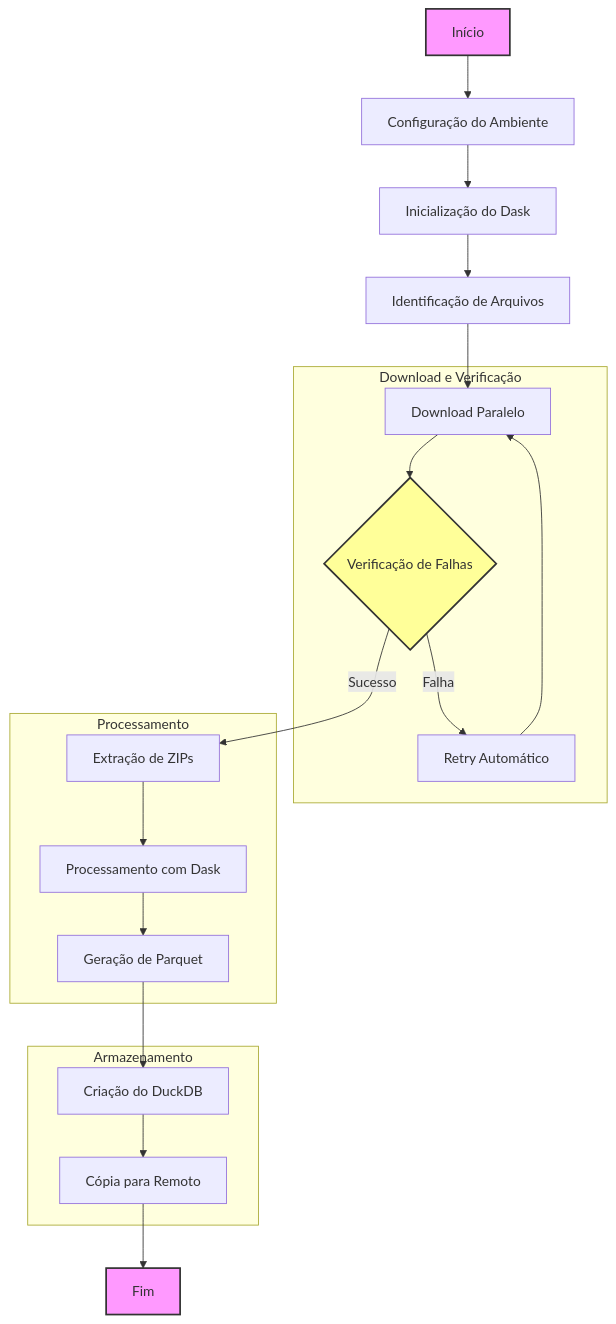
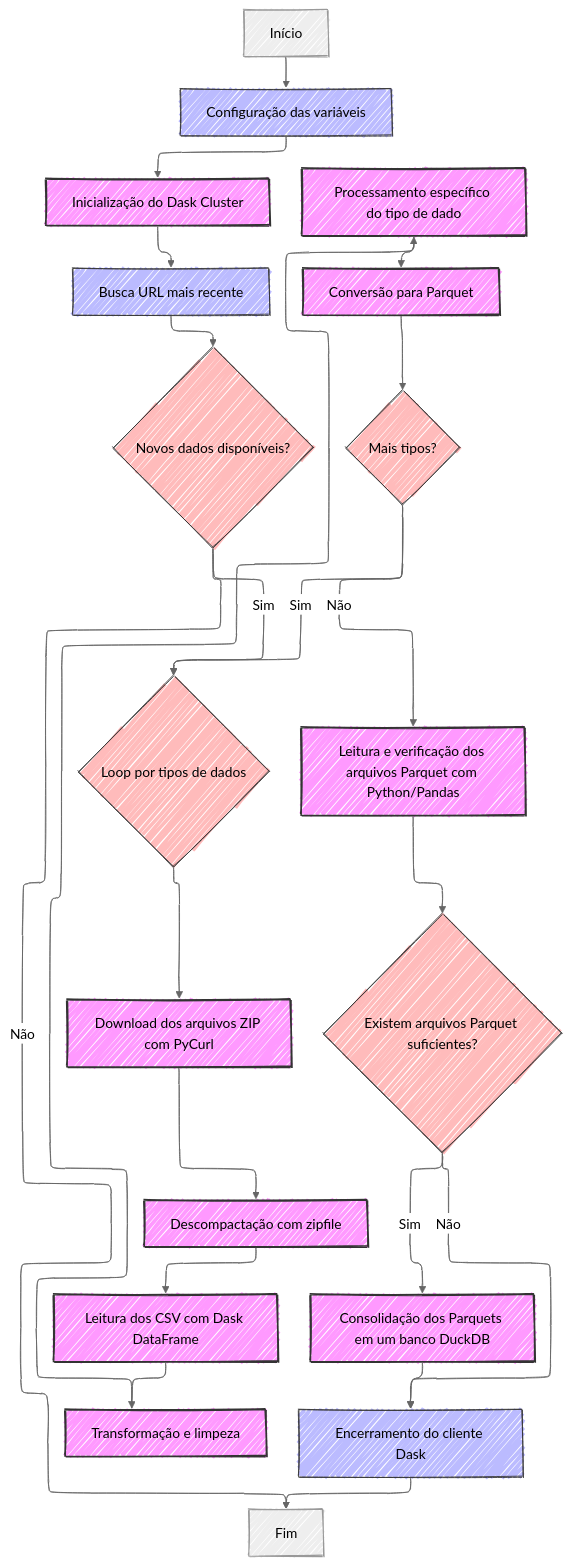
The diagram in README.md (wmodanez/cnpj_dados_abertos), drawn with Mermaid before and after one commit. The commit also changed other lines of this file and 7 other files, not shown here.

````diff
--- a/README.md
+++ b/README.md
@@ -7,41 +9,65 @@
 ```mermaid
-graph TD
-    A[Início] --> B[Configuração do Ambiente]
-    B --> C[Inicialização do Dask]
+---
+config:
+   look: handDrawn
+   theme: neutral
+   layout: elk
+   elk:
+      direction: DOWN
+      nodeSpacing: 50
+      rankSpacing: 70
+      mergeEdges: true
+      nodePlacementStrategy: SIMPLE
+      algorithm: layered
+      layered:
+        alignedLayout: true
+
+---
+flowchart TD
+    %% Etapa 1: Coleta de Dados
+    A[Início] --> B[Configuração das variáveis]
+    B --> C[Inicialização do Dask Cluster]
+    C --> D[Busca URL mais recente]
     
-    C --> D[Identificação de Arquivos]
-    D --> E[Download Paralelo]
+    %% Verificação inicial de novos dados
+    D --> N{Novos dados disponíveis?}
+    N -->|Não| Q[Fim]
     
-    E --> F{Verificação de Falhas}
-    F -->|Falha| G[Retry Automático]
-    G --> E
-    F -->|Sucesso| H[Extração de ZIPs]
+    %% Etapa 2: Download e Descompactação
+    N -->|Sim| E{Loop por tipos de dados}
+    E --> F[Download dos arquivos ZIP com PyCurl]
+    F --> G[Descompactação com zipfile]
     
-    H --> I[Processamento com Dask]
-    I --> J[Geração de Parquet]
+    %% Etapa 3: Processamento com Dask
+    G --> H[Leitura dos CSV com Dask DataFrame]
+    H --> I[Transformação e limpeza]
     
-    J --> K[Criação do DuckDB]
-    K --> L[Cópia para Remoto]
-    L --> M[Fim]
-
-    subgraph "Download e Verificação"
-        E
-        F
-        G
-    end
-
-    subgraph "Processamento"
-        H
-        I
-        J
-    end
-
-    subgraph "Armazenamento"
-        K
-        L
-    end
-
-    style A fill:#f9f,stroke:#333,stroke-width:2px
-    style M fill:#f9f,stroke:#333,stroke-width:2px
-    style F fill:#ff9,stroke:#333,stroke-width:2px
+    %% Etapa 4: Segmentação de dados
+    I --> J[Processamento específico do tipo de dado]
+    
+    %% Etapa 5: Armazenamento em Parquet
+    J --> K[Conversão para Parquet]
+    
+    %% Próximo tipo de dado ou finalização
+    K --> L{Mais tipos?}
+    L -->|Sim| E
+    
+    %% Consolidação dos arquivos Parquet em DuckDB
+    L -->|Não| R[Leitura e verificação dos arquivos Parquet com Python/Pandas]
+    R --> S{Existem arquivos Parquet suficientes?}
+    S -->|Sim| O[Consolidação dos Parquets em um banco DuckDB]
+    S -->|Não| P
+    
+    %% Finalização
+    O --> P[Encerramento do cliente Dask]
+    P --> Q
+    
+    %% Estilos
+    classDef ferramenta fill:#f9f,stroke:#333,stroke-width:2px
+    classDef process fill:#bbf,stroke:#333,stroke-width:1px
+    classDef decision fill:#fbb,stroke:#333,stroke-width:1px
+    
+    class C,F,G,H,I,J,K,O,R ferramenta
+    class B,D,P process
+    class E,L,N,S decision
 ```
````
